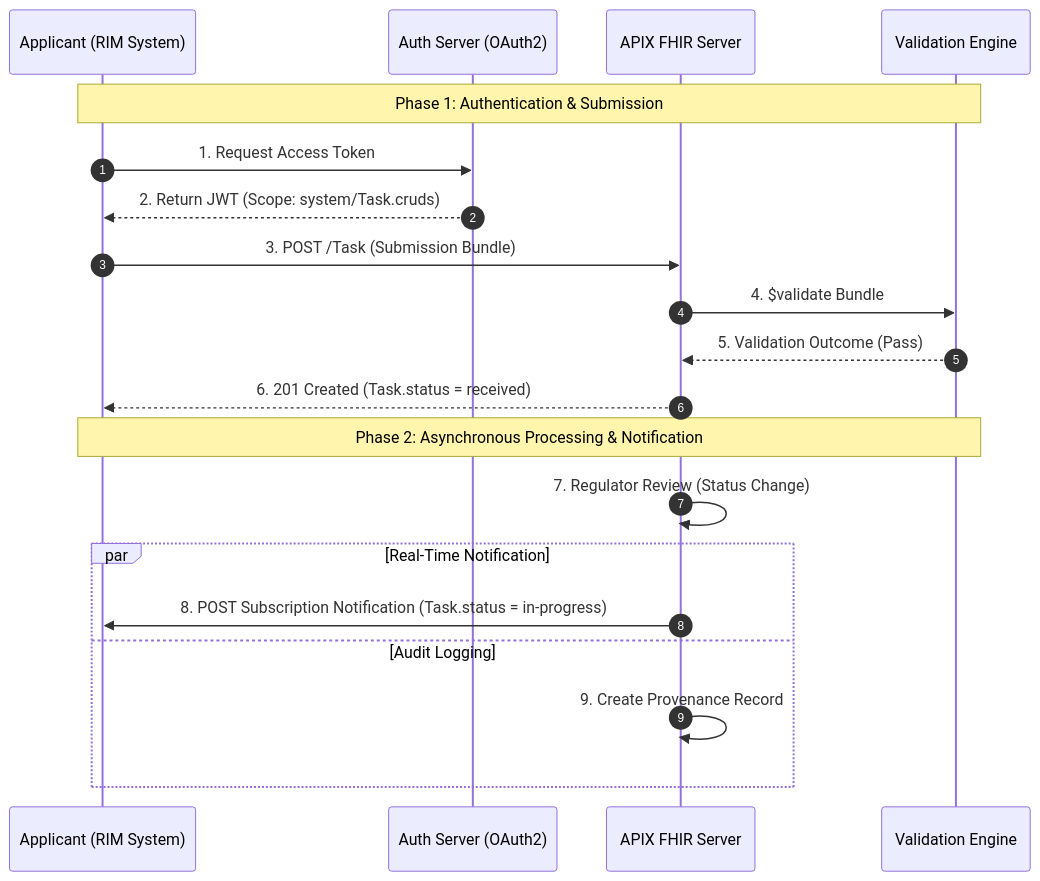
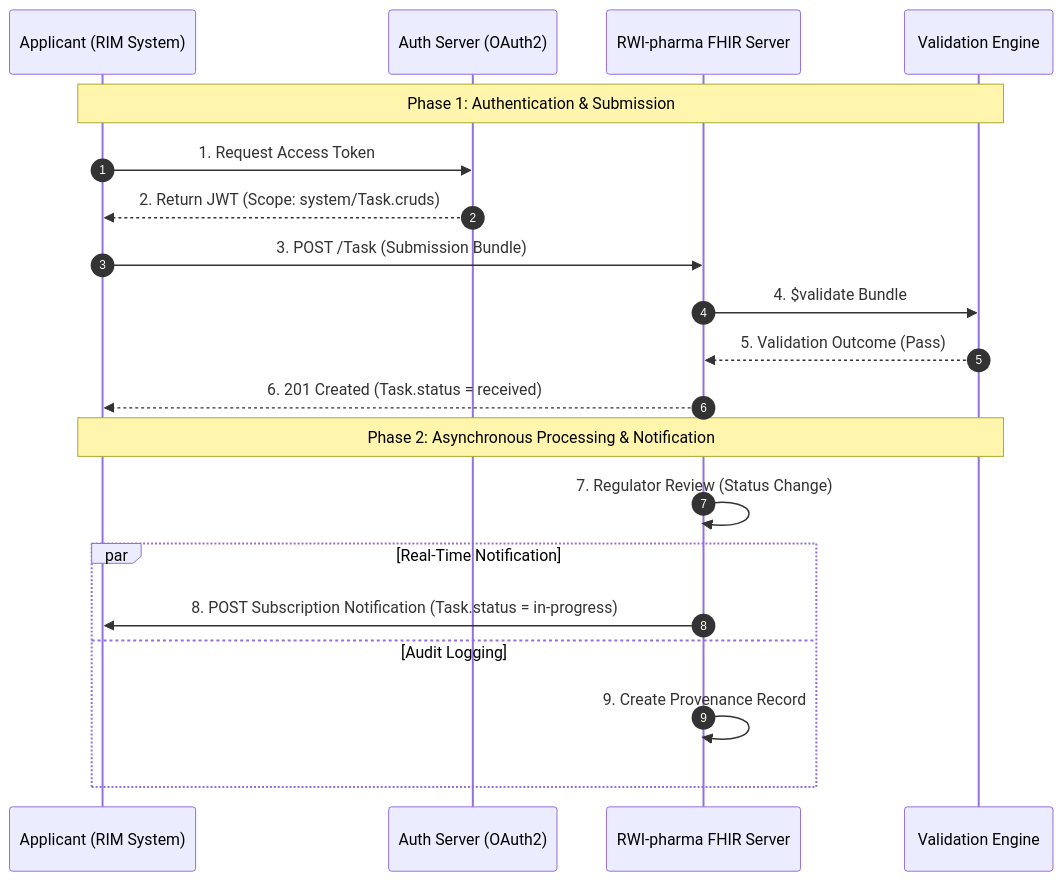
One commit to HL7/APIX---API-Exchange-for-Medicinal-Products changed the diagram in input/pagecontent/architecture.md. Above: the diagram before and after it, drawn with Mermaid. The commit also changed other lines of this file and 19 other files, not shown here.

```diff
--- a/input/pagecontent/architecture.md
+++ b/input/pagecontent/architecture.md
@@ -60,29 +60,29 @@
 <pre class="mermaid">
 sequenceDiagram
     autonumber
     participant App as Applicant (RIM System)
     participant Auth as Auth Server (OAuth2)
-    participant APIX as APIX FHIR Server
+    participant APIX as RWI-pharma FHIR Server
     participant Val as Validation Engine
 
     note over App, Val: Phase 1: Authentication & Submission
     
     App->>Auth: 1. Request Access Token
     Auth-->>App: 2. Return JWT (Scope: system/Task.cruds)
     
     App->>APIX: 3. POST /Task (Submission Bundle)
     APIX->>Val: 4. $validate Bundle
     Val-->>APIX: 5. Validation Outcome (Pass)
     APIX-->>App: 6. 201 Created (Task.status = received)
 
     note over App, Val: Phase 2: Asynchronous Processing & Notification
 
     APIX->>APIX: 7. Regulator Review (Status Change)
     
     par Real-Time Notification
         APIX->>App: 8. POST Subscription Notification (Task.status = in-progress)
     and Audit Logging
         APIX->>APIX: 9. Create Provenance Record
     end
 
 </pre>
```
